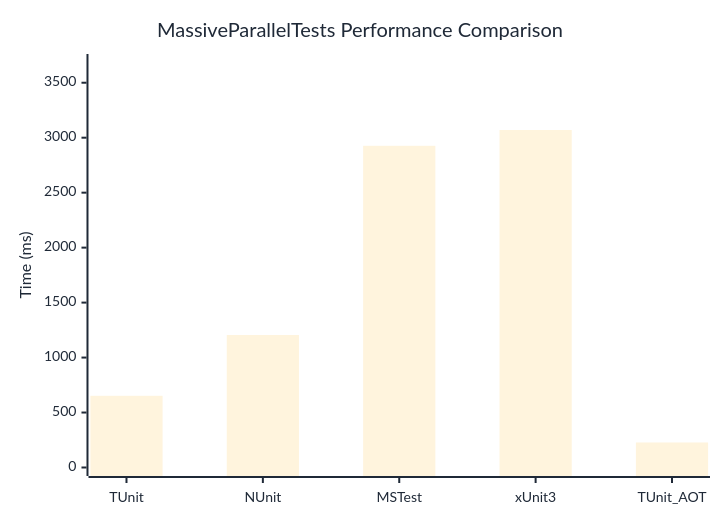
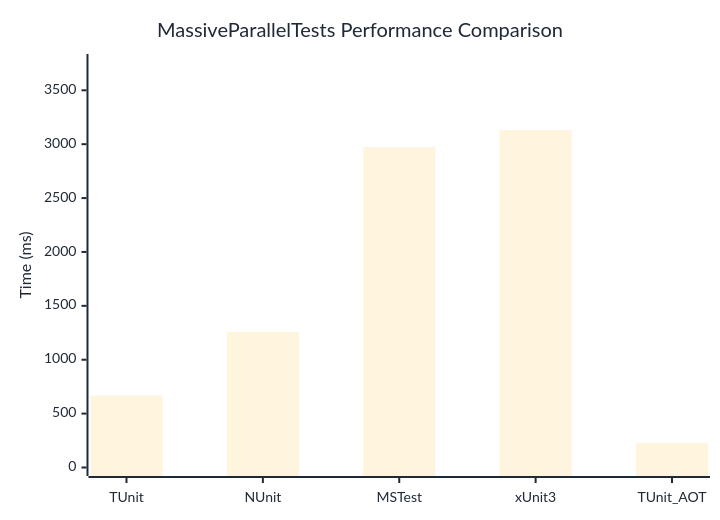
Before and after one commit to thomhurst/TUnit: the diagram in docs/docs/benchmarks/MassiveParallelTests.md, drawn with Mermaid. The commit also changed other lines of this file and 17 other files, not shown here.

````diff
--- a/docs/docs/benchmarks/MassiveParallelTests.md
+++ b/docs/docs/benchmarks/MassiveParallelTests.md
@@ -27,37 +27,37 @@
 ```mermaid
 %%{init: {
   'theme':'base',
   'themeVariables': {
     'primaryColor': '#2563eb',
     'primaryTextColor': '#1f2937',
     'primaryBorderColor': '#1e40af',
     'lineColor': '#6b7280',
     'secondaryColor': '#7c3aed',
     'tertiaryColor': '#dc2626',
     'background': '#ffffff',
     'mainBkg': '#2563eb',
     'secondBkg': '#7c3aed',
     'tertiaryBkg': '#dc2626',
     'clusterBkg': '#f3f4f6',
     'edgeLabelBackground': '#ffffff',
     'tertiaryTextColor': '#1f2937',
     'pie1': '#2563eb',
     'pie2': '#7c3aed',
     'pie3': '#dc2626',
     'pie4': '#f59e0b',
     'pie5': '#10b981',
     'pie6': '#06b6d4',
     'pie7': '#ec4899',
     'pie8': '#6366f1',
     'pie9': '#84cc16',
     'pie10': '#f97316',
     'pie11': '#14b8a6',
     'pie12': '#a855f7'
   }
 }}%%
 xychart-beta
   title "MassiveParallelTests Performance Comparison"
   x-axis ["TUnit", "NUnit", "MSTest", "xUnit3", "TUnit_AOT"]
-  y-axis "Time (ms)" 0 --> 3684
-  bar [652.2, 1205.2, 2926.4, 3069.9, 227.6]
+  y-axis "Time (ms)" 0 --> 3758
+  bar [667.6, 1258.3, 2973.5, 3131, 229.2]
 ```
````
